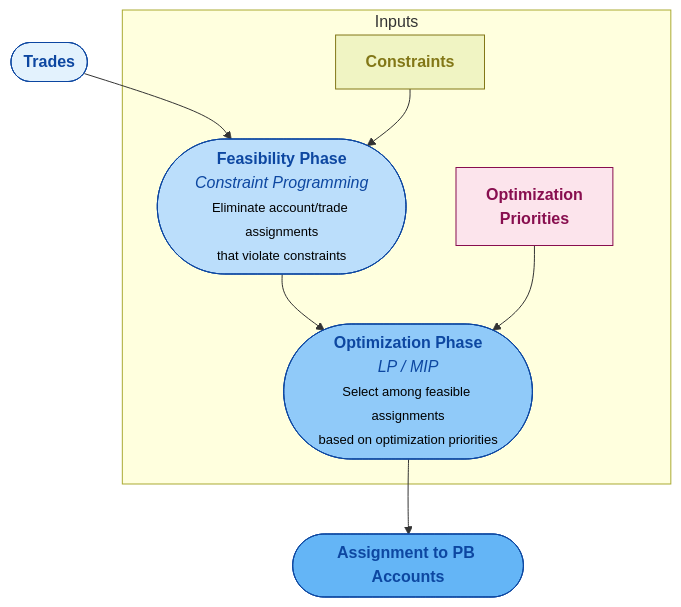
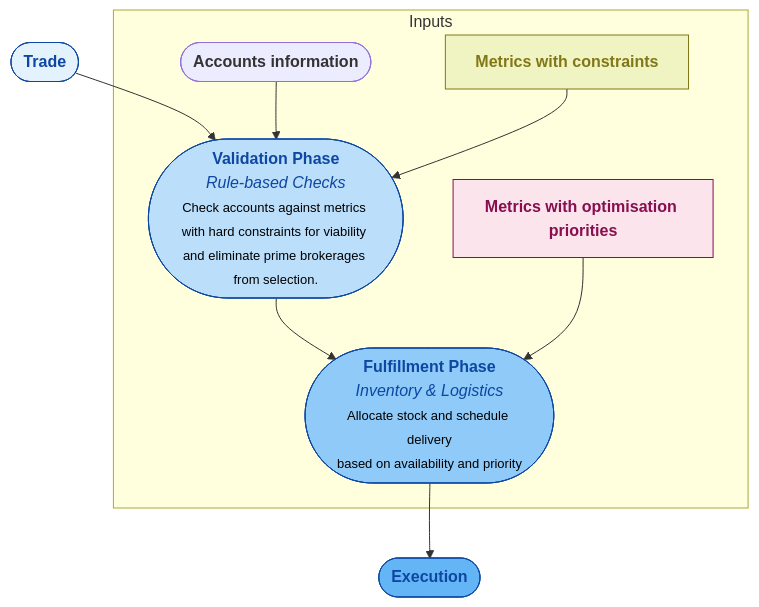
One commit to jamesmcleish/CPP-docker changed the first of 2 diagrams in primebrokeroptimisation/summary.md. Above: the diagram before and after it, drawn with Mermaid. The commit also changed other lines of this file, not shown here.

Commit message:
summarymd

````diff
--- a/primebrokeroptimisation/summary.md
+++ b/primebrokeroptimisation/summary.md
@@ -1,22 +15,25 @@
 ```mermaid
 flowchart TD
     %% Node Definitions
-    A(["<b>Trades</b>"]) --> B
-    B(["<b>Feasibility Phase</b><br><i>Constraint Programming</i><br><font color='#000000' size='2'>Eliminate account/trade assignments<br>that violate constraints</font>"]) --> C
-    C(["<b>Optimization Phase</b><br><i>LP / MIP</i><br><font color='#000000' size='2'>Select among feasible assignments<br>based on optimization priorities</font>"]) --> D
-    D(["<b>Assignment to PB Accounts</b>"])
+    A(["<b>Trade</b>"]) --> B
+    B(["<b>Validation Phase</b><br><i>Rule-based Checks</i><br><font color='#000000' size='2'>Check accounts against metrics with hard constraints for viability and eliminate prime brokerages from selection.</font>"]) --> C
+    C(["<b>Fulfillment Phase</b><br><i>Inventory & Logistics</i><br><font color='#000000' size='2'>Allocate stock and schedule delivery<br>based on availability and priority</font>"]) --> D
+    D(["<b>Execution</b>"])
+    
 
     %% Inputs
     subgraph Inputs
-        E["<b>Constraints</b>"] --> B
-        F["<b>Optimization<br>Priorities</b>"] --> C
+        G(["<b>Accounts information</b>"])-->B
+        E["<b>Metrics with constraints</b>"] --> B
+        F["<b>Metrics with optimisation priorities</b>"] --> C
     end
 
     %% Styles
     style A fill:#e3f2fd,color:#0d47a1,stroke:#0d47a1,stroke-width:1px
     style B fill:#bbdefb,color:#0d47a1,stroke:#0d47a1,stroke-width:1px
     style C fill:#90caf9,color:#0d47a1,stroke:#0d47a1,stroke-width:1px
     style D fill:#64b5f6,color:#0d47a1,stroke:#0d47a1,stroke-width:1px
     style E fill:#f0f4c3,color:#827717,stroke:#827717,stroke-width:1px
     style F fill:#fce4ec,color:#880e4f,stroke:#880e4f,stroke-width:1px
+
 ```
````
